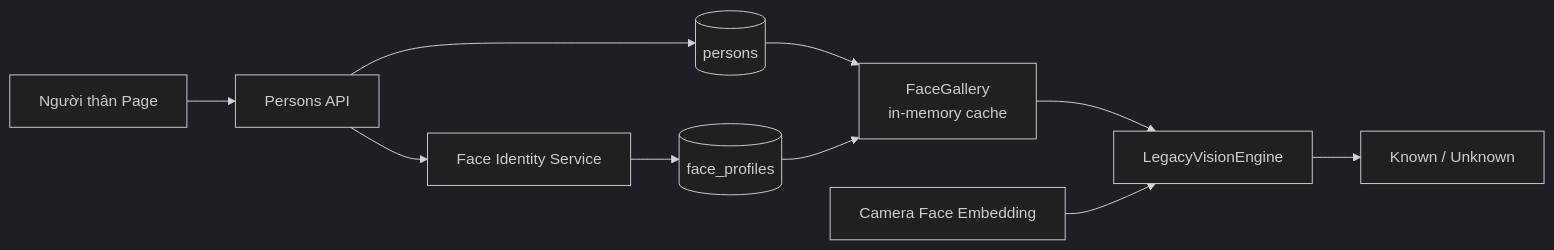
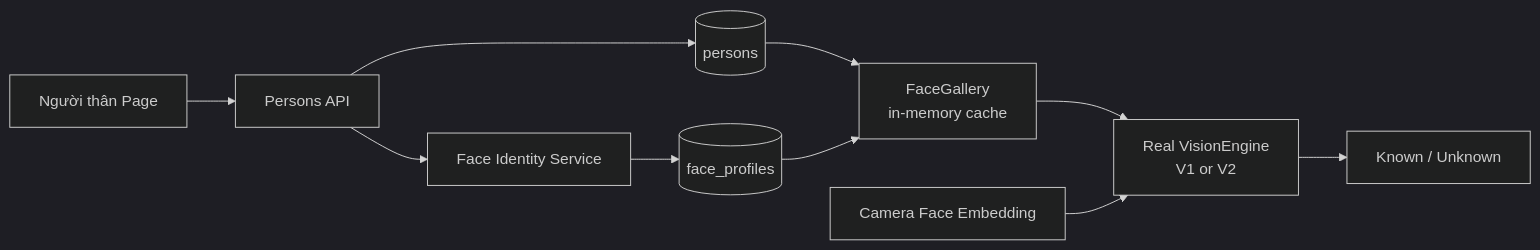
Before and after one commit to daoquocdai/P227: the fourth of 8 diagrams in docs/architecture_diagram.md, drawn with Mermaid (dark theme). The commit also changed other lines of this file and 30 other files, not shown here.

````diff
--- a/docs/architecture_diagram.md
+++ b/docs/architecture_diagram.md
@@ -97,24 +97,24 @@
 ```mermaid
 flowchart LR
     UI[Người thân Page]
     API[Persons API]
     PERSON[(persons)]
     PROFILE[(face_profiles)]
     SERVICE[Face Identity Service]
     GALLERY[FaceGallery\nin-memory cache]
-    ENGINE[LegacyVisionEngine]
+    ENGINE[Real VisionEngine\nV1 or V2]
     FACE[Camera Face Embedding]
     MATCH[Known / Unknown]
 
     UI --> API
     API --> PERSON
     API --> SERVICE
     SERVICE --> PROFILE
 
     PERSON --> GALLERY
     PROFILE --> GALLERY
 
     GALLERY --> ENGINE
     FACE --> ENGINE
     ENGINE --> MATCH
 ```
````
